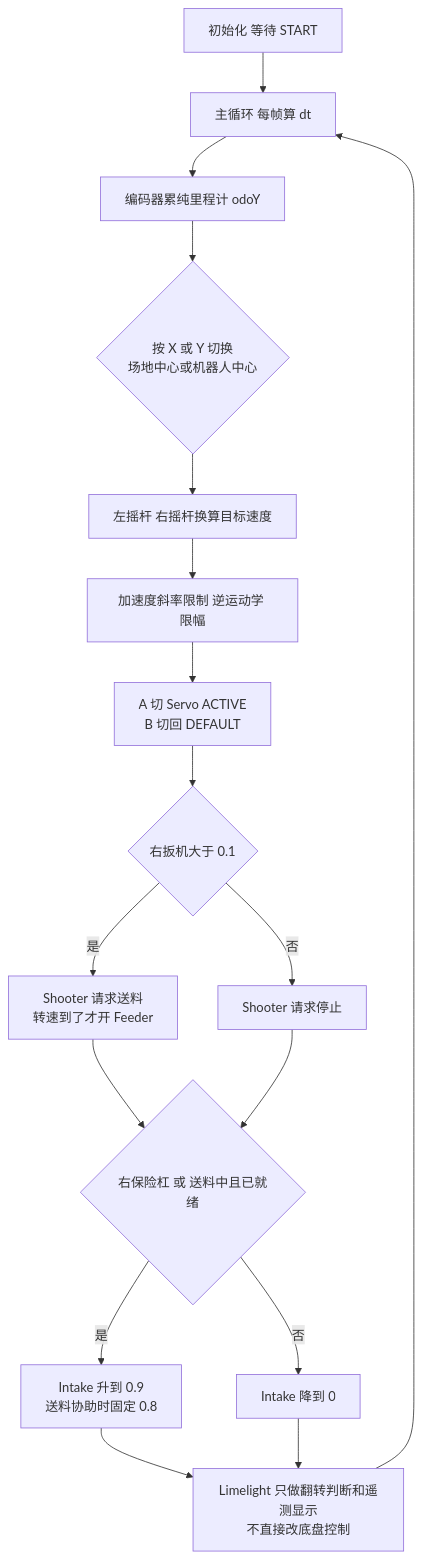
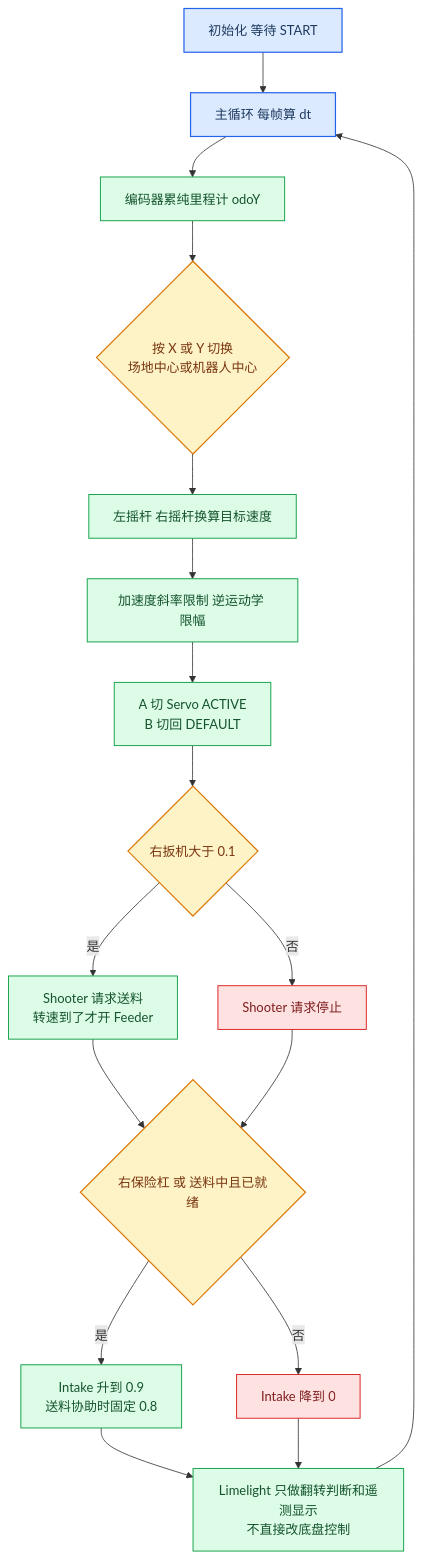
The fifth of 5 diagrams in README.md (Maxxj333/KeystoneFTC-code), drawn with Mermaid before and after one commit. The commit also changed other lines of this file, not shown here.

Commit message:
Colorize Mermaid flowcharts for drive, vision, mechanisms, autonomous and TeleOp

````diff
--- a/README.md
+++ b/README.md
@@ -163,19 +193,27 @@
 ```mermaid
 flowchart TD
     A["初始化 等待 START"] --> B["主循环 每帧算 dt"]
     B --> C["编码器累纯里程计 odoY"]
     C --> D{"按 X 或 Y 切换<br/>场地中心或机器人中心"}
     D --> E["左摇杆 右摇杆换算目标速度"]
     E --> F["加速度斜率限制 逆运动学 限幅"]
     F --> G["A 切 Servo ACTIVE<br/>B 切回 DEFAULT"]
     G --> H{"右扳机大于 0.1"}
     H -->|"是"| I["Shooter 请求送料<br/>转速到了才开 Feeder"]
     H -->|"否"| J["Shooter 请求停止"]
     I --> K{"右保险杠 或 送料中且已就绪"}
     J --> K
     K -->|"是"| L["Intake 升到 0.9<br/>送料协助时固定 0.8"]
     K -->|"否"| M["Intake 降到 0"]
     L --> N["Limelight 只做翻转判断和遥测显示<br/>不直接改底盘控制"]
     M --> N
     N --> B
+    classDef start fill:#dbeafe,stroke:#2563eb,stroke-width:1.5px,color:#1e3a5f
+    classDef decision fill:#fef3c7,stroke:#d97706,stroke-width:1.5px,color:#78350f
+    classDef process fill:#dcfce7,stroke:#16a34a,stroke-width:1.2px,color:#14532d
+    classDef stop fill:#fee2e2,stroke:#dc2626,stroke-width:1.2px,color:#7f1d1d
+    class A,B start
+    class D,H,K decision
+    class C,E,F,G,I,L,N process
+    class J,M stop
 ```
````
